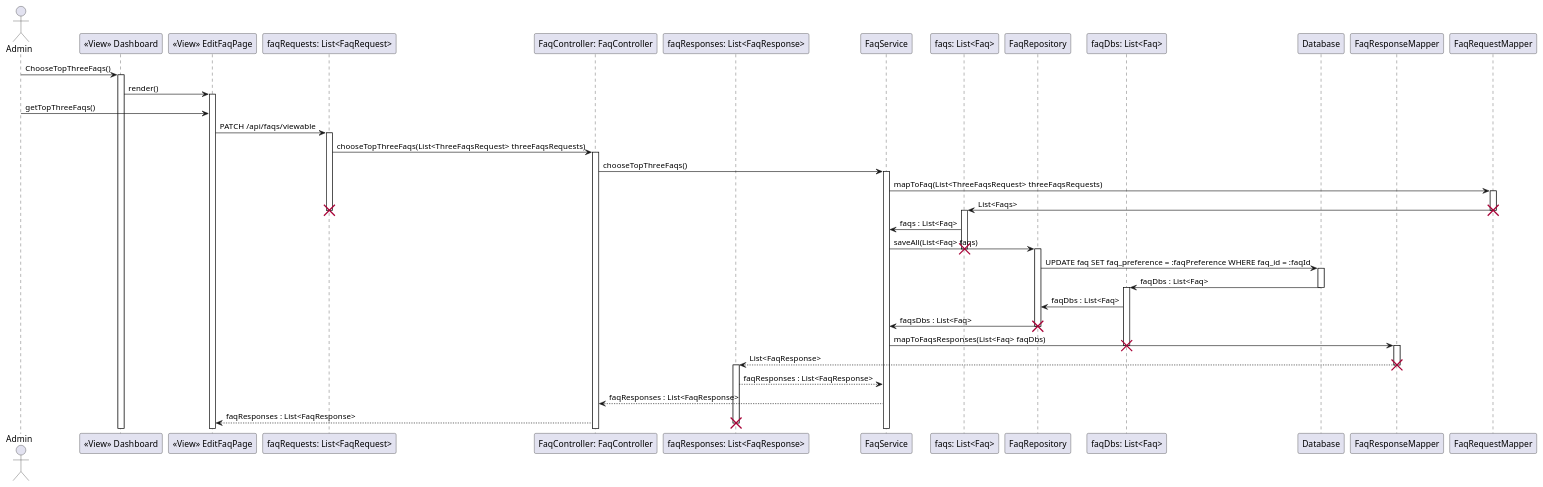
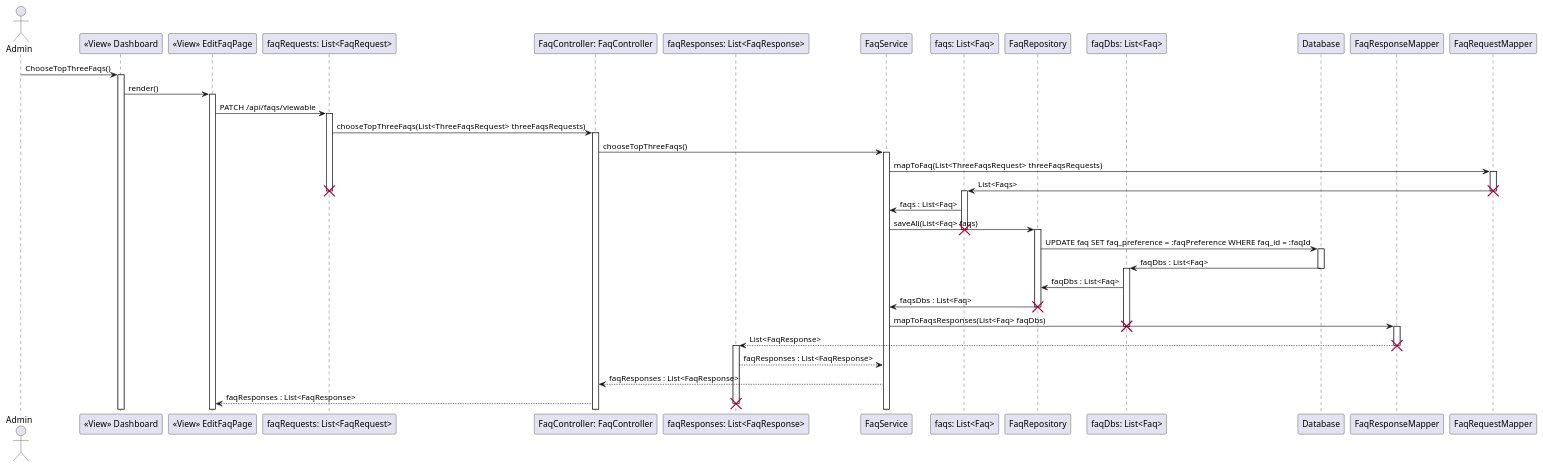
The diagram in Diagrams/Sprint_3/choose-top-three-faqs-sd.puml (DylanBrass/Corso-Website), drawn with PlantUML before and after one commit. The commit also changed 13 other files, not shown here.

```diff
--- a/Diagrams/Sprint_3/choose-top-three-faqs-sd.puml
+++ b/Diagrams/Sprint_3/choose-top-three-faqs-sd.puml
@@ -1,84 +1,82 @@
 @startuml
 
 actor Admin
 
 participant Dashboard as "<<View>> Dashboard"
 
 participant EditFaqPage as "<<View>> EditFaqPage"
 
 participant FaqRequest as "faqRequests: List<FaqRequest>"
 
 participant FaqController as "FaqController: FaqController"
 
 participant FaqResponse as "faqResponses: List<FaqResponse>"
 
 participant FaqService as "FaqService"
 
 participant Faq as "faqs: List<Faq>"
 
 participant FaqRepository as "FaqRepository"
 
 participant Faqdb as "faqDbs: List<Faq>"
 
 participant Database as "Database"
 
 participant FaqResponseMapper as "FaqResponseMapper"
 
 participant FaqRequestMapper as "FaqRequestMapper"
 
 Admin -> Dashboard: ChooseTopThreeFaqs()
 activate Dashboard
 
 Dashboard -> EditFaqPage : render()
 activate EditFaqPage
-
-Admin -> EditFaqPage : getTopThreeFaqs()
 
 EditFaqPage -> FaqRequest : PATCH /api/faqs/viewable
 activate FaqRequest
 FaqRequest -> FaqController : chooseTopThreeFaqs(List<ThreeFaqsRequest> threeFaqsRequests)
 
 activate FaqController
 FaqController -> FaqService : chooseTopThreeFaqs()
 activate FaqService
 
 FaqService -> "FaqRequestMapper" : mapToFaq(List<ThreeFaqsRequest> threeFaqsRequests)
 activate FaqRequestMapper
 
 "FaqRequestMapper" -> Faq : List<Faqs>
 destroy FaqRequest
 destroy FaqRequestMapper
 
 activate Faq
 Faq -> "FaqService" : faqs : List<Faq>
 
 "FaqService" -> "FaqRepository" : saveAll(List<Faq> faqs)
 destroy Faq
 activate FaqRepository
 
 "FaqRepository" -> "Database" : UPDATE faq SET faq_preference = :faqPreference WHERE faq_id = :faqId
 activate Database
 
 "Database" -> "Faqdb" : faqDbs : List<Faq>
 deactivate Database
 
 activate Faqdb
 Faqdb -> FaqRepository : faqDbs : List<Faq>
 
 FaqRepository -> FaqService : faqsDbs : List<Faq>
 destroy FaqRepository
 
 FaqService -> "FaqResponseMapper" : mapToFaqsResponses(List<Faq> faqDbs)
 destroy Faqdb
 
 activate FaqResponseMapper
 "FaqResponseMapper" --> FaqResponse : List<FaqResponse>
 destroy FaqResponseMapper
 
 activate FaqResponse
 FaqResponse --> FaqService : faqResponses : List<FaqResponse>
 FaqService --> FaqController : faqResponses : List<FaqResponse>
 FaqController --> EditFaqPage : faqResponses : List<FaqResponse>
 destroy FaqResponse
 
 @enduml
```
